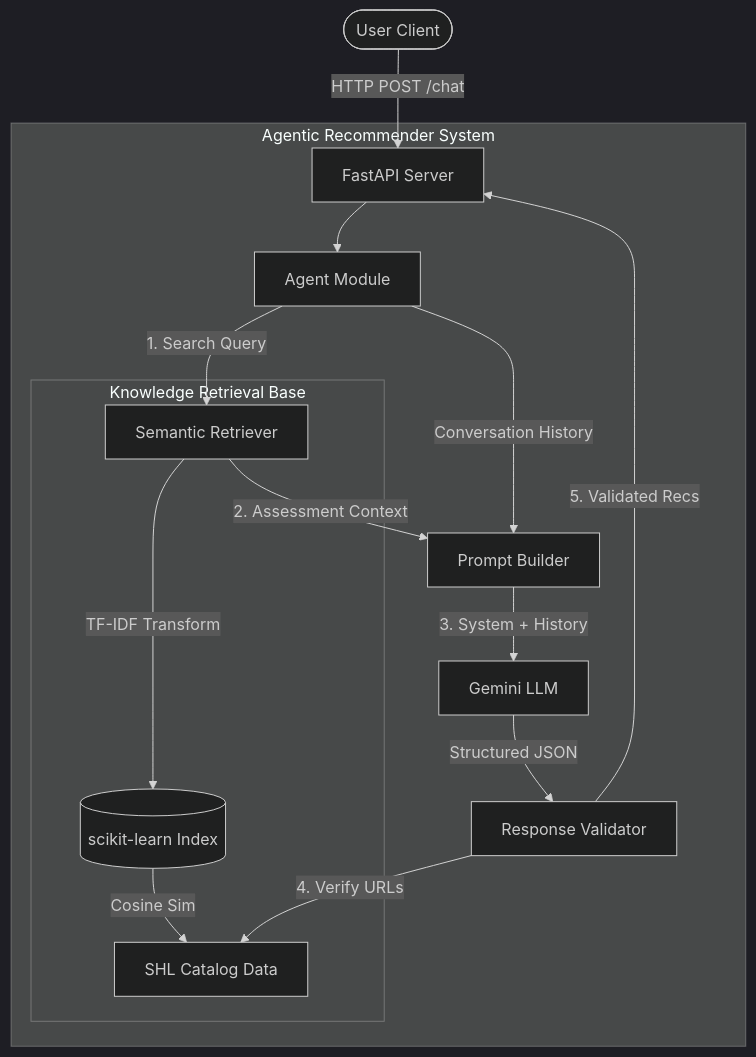
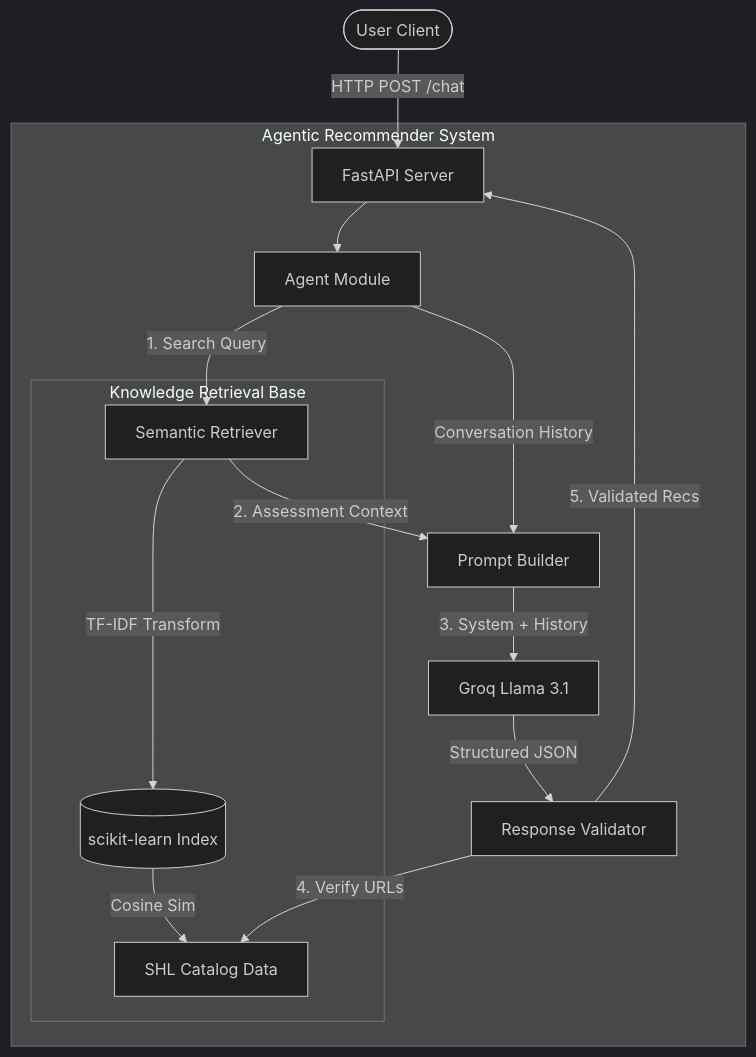
Before and after one commit to rishii100/Conversational-Assessment-Recommender: the diagram in README.md, drawn with Mermaid (dark theme). The commit also changed other lines of this file, not shown here.

Commit message:
docs: Update README to reflect Groq migration and new setup instructions

````diff
--- a/README.md
+++ b/README.md
@@ -9,24 +9,24 @@
 ```mermaid
 graph TD
     User([User Client]) -->|HTTP POST /chat| FastAPI[FastAPI Server]
     
     subgraph "Agentic Recommender System"
         FastAPI --> Agent[Agent Module]
         
         Agent -->|1. Search Query| Retriever[Semantic Retriever]
         
         subgraph "Knowledge Retrieval Base"
             Retriever -->|TF-IDF Transform| VectorStore[(scikit-learn Index)]
             VectorStore -->|Cosine Sim| CatalogData[SHL Catalog Data]
         end
         
         Retriever -->|2. Assessment Context| Prompt[Prompt Builder]
         Agent -->|Conversation History| Prompt
         
-        Prompt -->|3. System + History| Gemini[Gemini LLM]
-        Gemini -->|Structured JSON| Validator[Response Validator]
+        Prompt -->|3. System + History| GroqLLM[Groq Llama 3.1]
+        GroqLLM -->|Structured JSON| Validator[Response Validator]
         
         Validator -->|4. Verify URLs| CatalogData
         Validator -->|5. Validated Recs| FastAPI
     end
 ```
````
